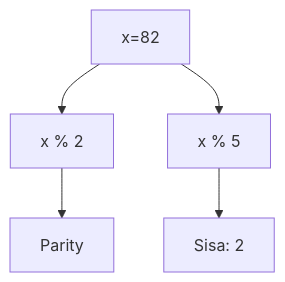
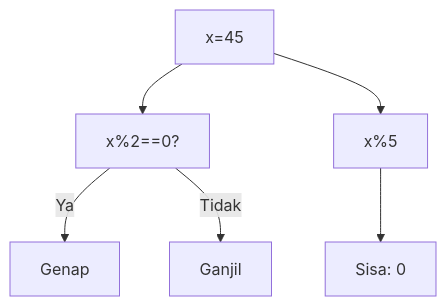
Before and after one commit to amnahwaida/OSNK_INF_PREP: the first of 25 diagrams in part-c-pemahaman-cpp/03-perulangan/latihan/set-06.md, drawn with Mermaid. The commit also changed other lines of this file and 71 other files, not shown here.

Commit message:
Fixed Mermaid syntax lexical errors with quoted labels in 1,800 questions

````diff
--- a/part-c-pemahaman-cpp/03-perulangan/latihan/set-06.md
+++ b/part-c-pemahaman-cpp/03-perulangan/latihan/set-06.md
@@ -141,7 +23,8 @@
 ```mermaid
 graph TD
-A[x=82] --> B[x % 2]
-B --> C[Parity]
-A --> D[x % 5]
-D --> E[Sisa: 2]
+A["x=45"] --> B["x%2==0?"]
+B -- Ya --> C["Genap"]
+B -- Tidak --> D["Ganjil"]
+A --> E["x%5"]
+E --> F["Sisa: 0"]
 ```
````
